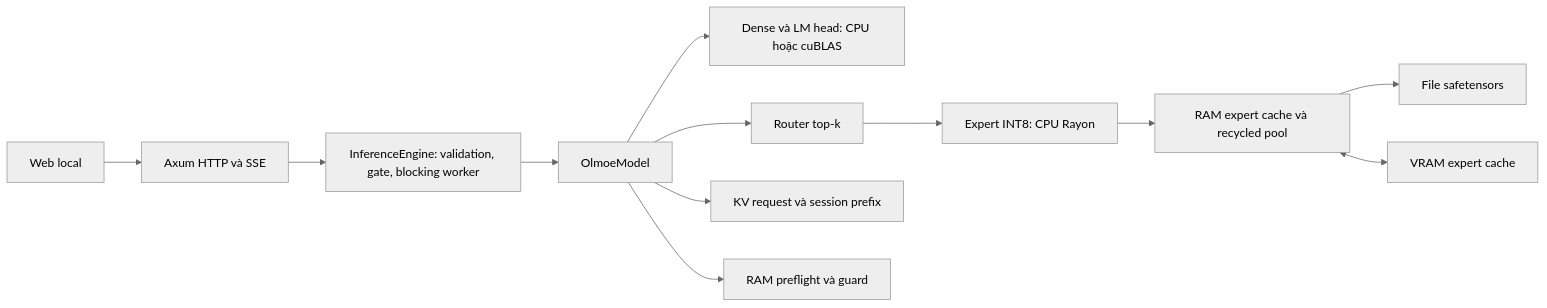
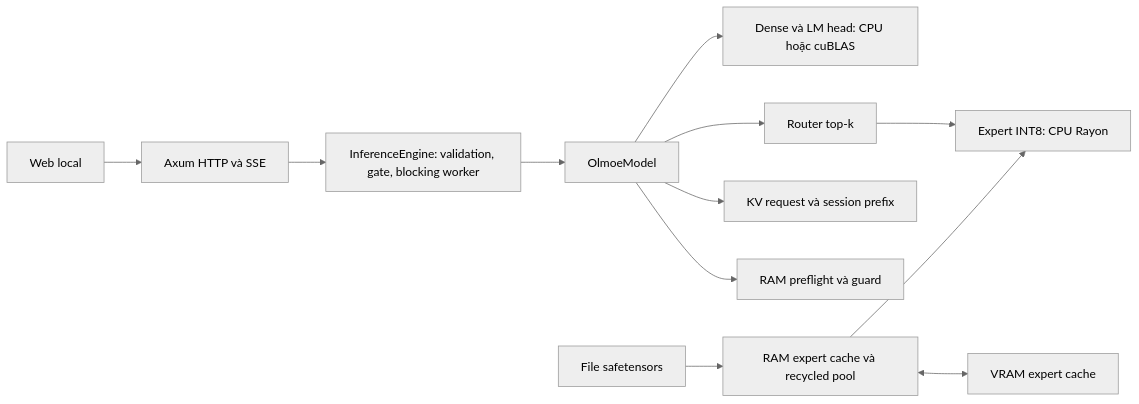
The second of 4 diagrams in baocao/BAO_CAO_DINH_KY_LAN_1.md (juanhuy/DoanTotNghiepMOE), drawn with Mermaid (neutral theme) before and after one commit. The commit also changed other lines of this file and 29 other files, not shown here.

````diff
--- a/baocao/BAO_CAO_DINH_KY_LAN_1.md
+++ b/baocao/BAO_CAO_DINH_KY_LAN_1.md
@@ -406,14 +582,14 @@
 ```mermaid
 flowchart LR
     UI[Web local] --> HTTP[Axum HTTP và SSE]
     HTTP --> ENGINE[InferenceEngine: validation, gate, blocking worker]
     ENGINE --> MODEL[OlmoeModel]
     MODEL --> DENSE[Dense và LM head: CPU hoặc cuBLAS]
     MODEL --> ROUTER[Router top-k]
     ROUTER --> EXPERT[Expert INT8: CPU Rayon]
-    EXPERT --> RAM[RAM expert cache và recycled pool]
-    RAM --> FILE[File safetensors]
+    RAM[RAM expert cache và recycled pool] --> EXPERT
+    FILE[File safetensors] --> RAM
     RAM <--> VRAM[VRAM expert cache]
     MODEL --> KV[KV request và session prefix]
     MODEL --> GUARD[RAM preflight và guard]
 ```
````
